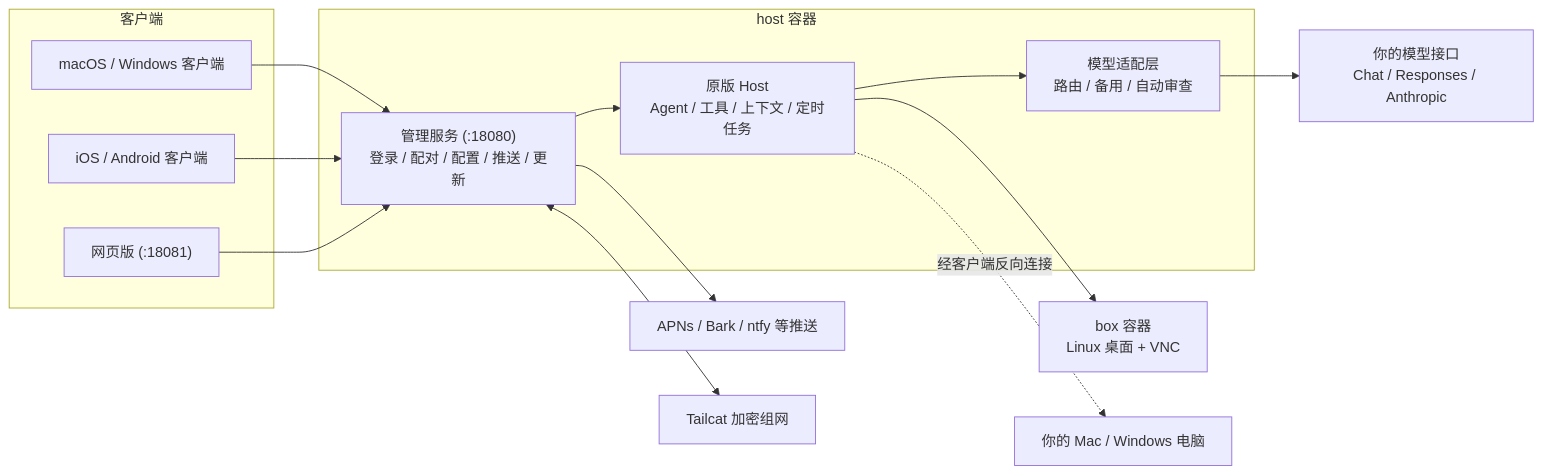
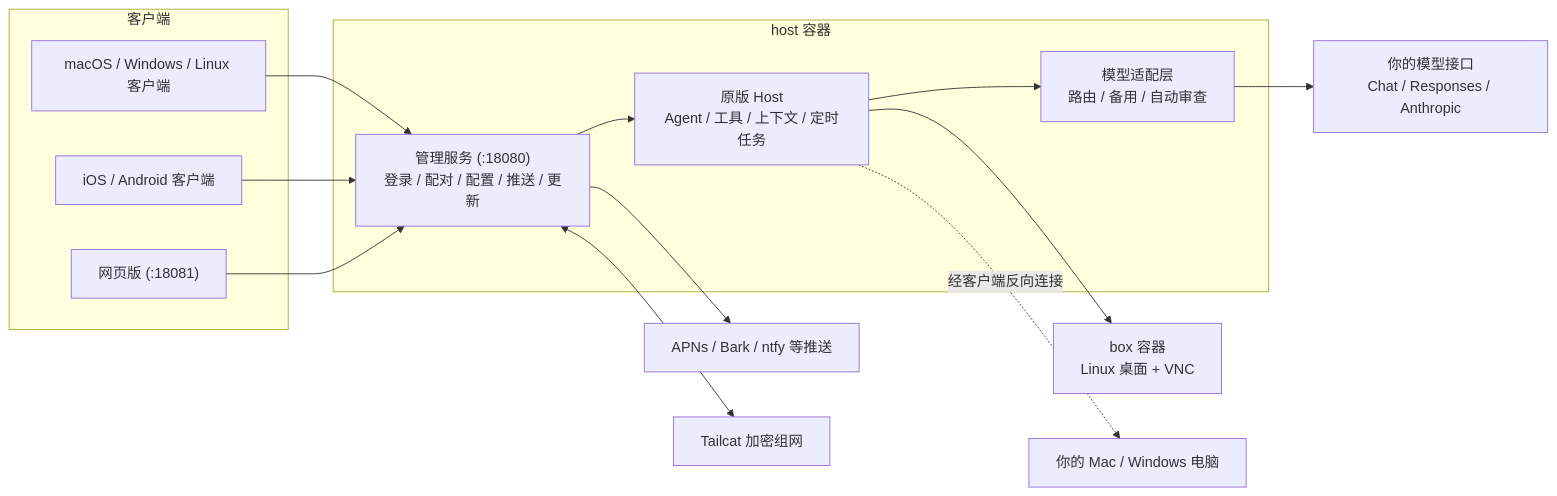
One commit to bguisad/rokbot changed the diagram in README.md. Above: the diagram before and after it, drawn with Mermaid. The commit also changed other lines of this file and 5 other files, not shown here.

````diff
--- a/README.md
+++ b/README.md
@@ -348,24 +365,24 @@
 ```mermaid
 flowchart LR
   subgraph Clients["客户端"]
-    Desktop["macOS / Windows 客户端"]
+    Desktop["macOS / Windows / Linux 客户端"]
     Mobile["iOS / Android 客户端"]
     Web["网页版 (:18081)"]
   end
 
   subgraph HostC["host 容器"]
     Admin["管理服务 (:18080)<br/>登录 / 配对 / 配置 / 推送 / 更新"]
     Core["原版 Host<br/>Agent / 工具 / 上下文 / 定时任务"]
     Adapter["模型适配层<br/>路由 / 备用 / 自动审查"]
     Admin --> Core --> Adapter
   end
 
   Desktop --> Admin
   Mobile --> Admin
   Web --> Admin
   Adapter --> Models["你的模型接口<br/>Chat / Responses / Anthropic"]
   Core --> Box["box 容器<br/>Linux 桌面 + VNC"]
   Core -.经客户端反向连接.-> PC["你的 Mac / Windows 电脑"]
   Admin --> Push["APNs / Bark / ntfy 等推送"]
   Admin <--> Tailcat["Tailcat 加密组网"]
 ```
````
